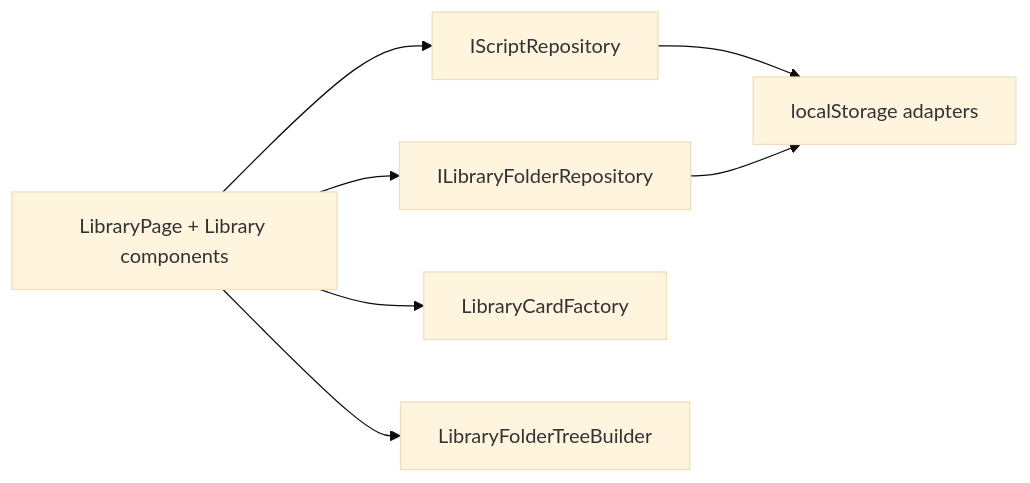
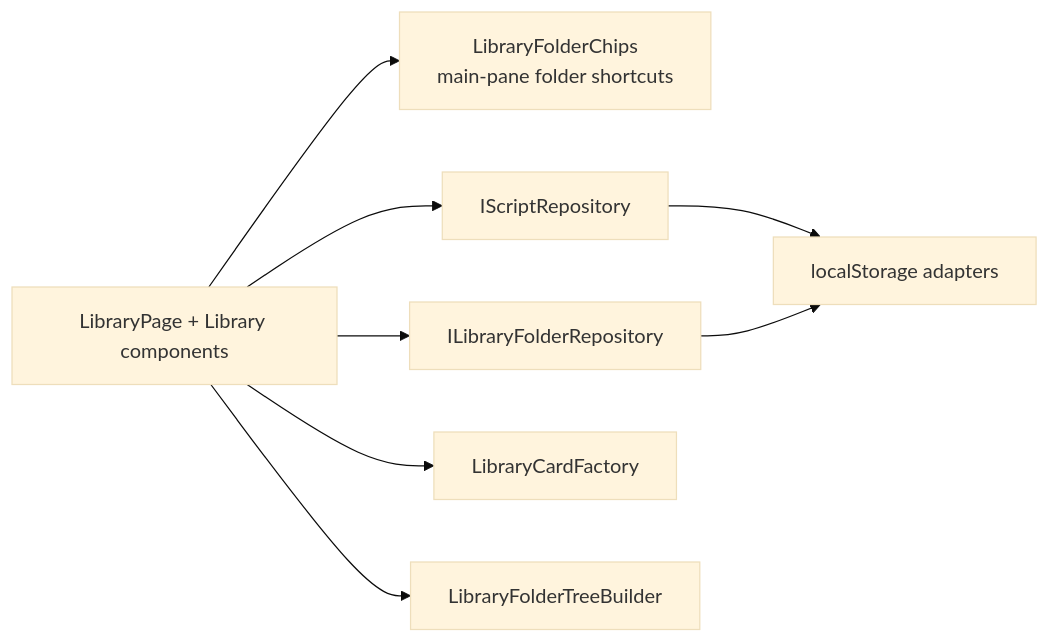
Before and after one commit to managedcode/PrompterOne: the third of 11 diagrams in docs/Architecture.md, drawn with Mermaid (base theme). The commit also changed other lines of this file and 153 other files, not shown here.

````diff
--- a/docs/Architecture.md
+++ b/docs/Architecture.md
@@ -63,16 +66,18 @@
 ```mermaid
 flowchart LR
     LibraryPage["LibraryPage + Library components"]
+    FolderChips["LibraryFolderChips<br/>main-pane folder shortcuts"]
     ScriptRepo["IScriptRepository"]
     FolderRepo["ILibraryFolderRepository"]
     CardFactory["LibraryCardFactory"]
     TreeBuilder["LibraryFolderTreeBuilder"]
     LocalStorage["localStorage adapters"]
 
+    LibraryPage --> FolderChips
     LibraryPage --> ScriptRepo
     LibraryPage --> FolderRepo
     LibraryPage --> CardFactory
     LibraryPage --> TreeBuilder
     ScriptRepo --> LocalStorage
     FolderRepo --> LocalStorage
 ```
````
